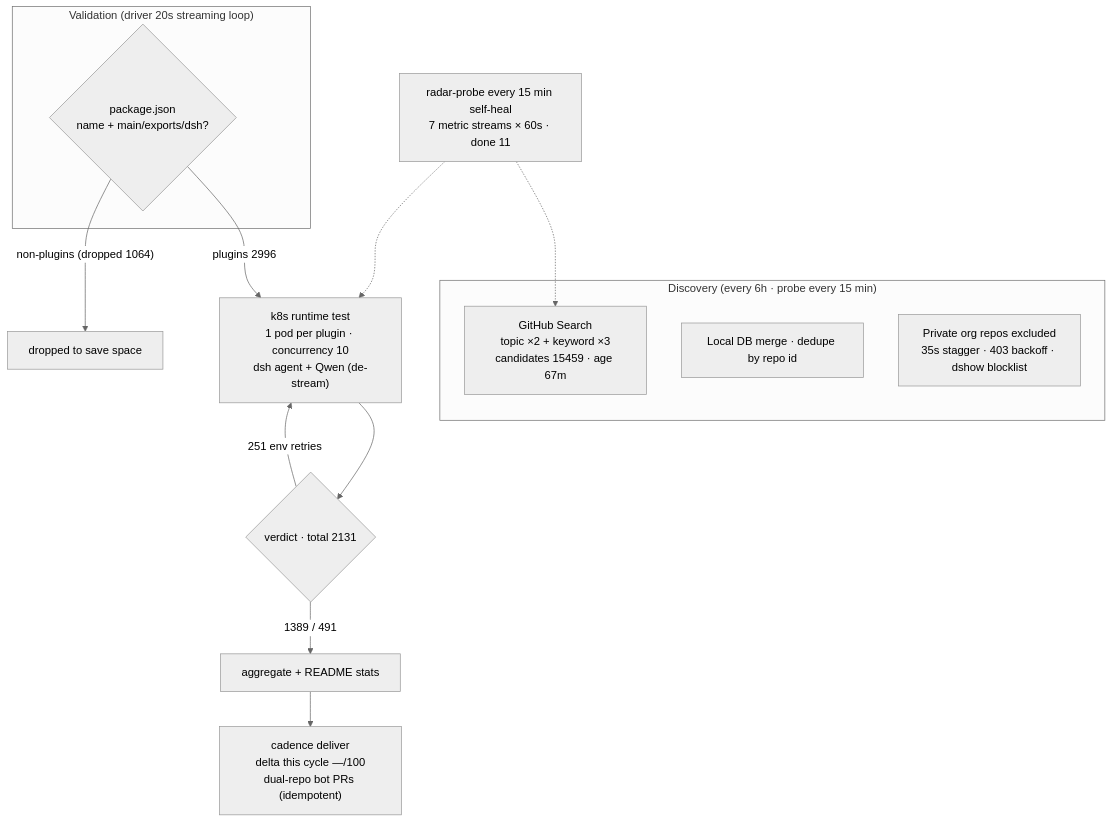
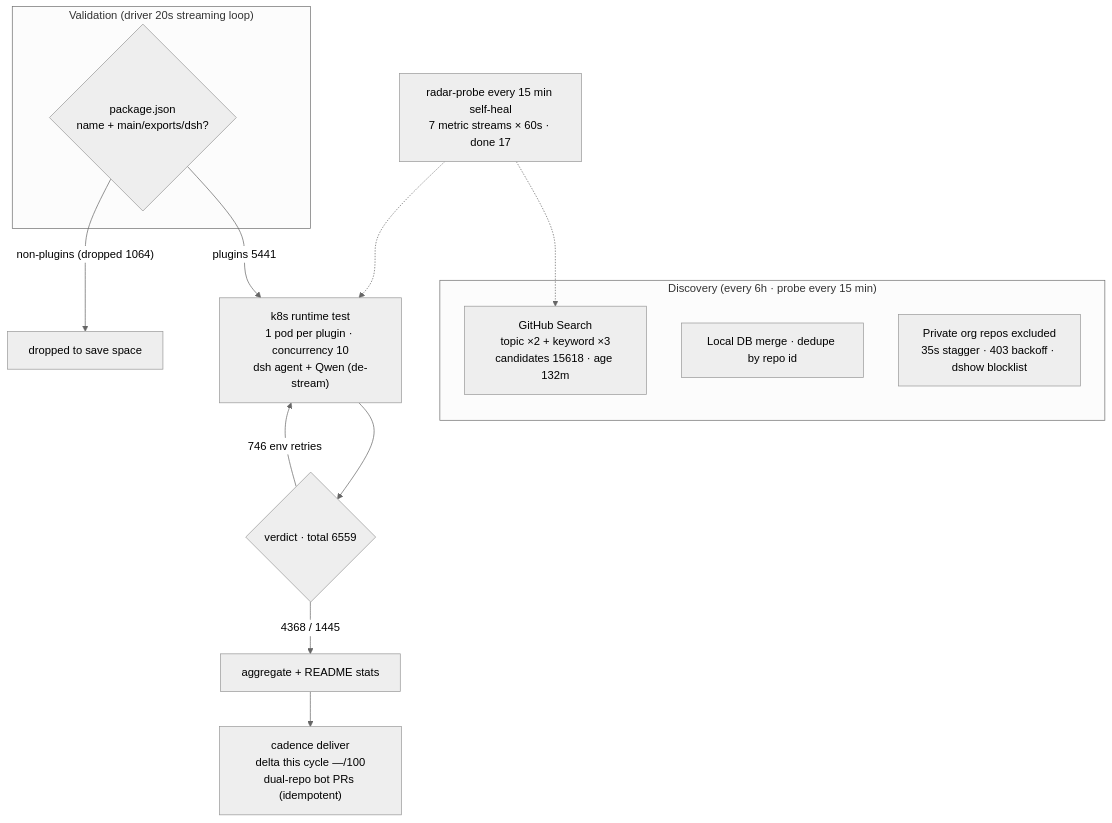
The diagram in README.en-US.md (Zhidao-Lab-OSS/awesome-dsh-plugins), drawn with Mermaid (neutral theme) before and after one commit. The commit also changed other lines of this file and 1 other file, not shown here.

````diff
--- a/README.en-US.md
+++ b/README.en-US.md
@@ -30,20 +30,20 @@
 ```mermaid
 flowchart TB
     subgraph Discovery["Discovery (every 6h · probe every 15 min)"]
-        A1["GitHub Search<br/>topic ×2 + keyword ×3<br/>candidates 15459 · age 67m"]
+        A1["GitHub Search<br/>topic ×2 + keyword ×3<br/>candidates 15618 · age 132m"]
         A2["Local DB merge · dedupe by repo id"]
         A3["Private org repos excluded<br/>35s stagger · 403 backoff · dshow blocklist"]
     end
     subgraph Validation["Validation (driver 20s streaming loop)"]
         B1{"package.json<br/>name + main/exports/dsh?"}
     end
-    B1 -->|"plugins 2996"| C1["k8s runtime test<br/>1 pod per plugin · concurrency 10<br/>dsh agent + Qwen (de-stream)"]
+    B1 -->|"plugins 5441"| C1["k8s runtime test<br/>1 pod per plugin · concurrency 10<br/>dsh agent + Qwen (de-stream)"]
     B1 -->|"non-plugins (dropped 1064)"| B3["dropped to save space"]
-    C1 --> D1{"verdict · total 2131"}
-    D1 -->|"1389 / 491"| E1["aggregate + README stats"]
-    D1 -->|"251 env retries"| C1
+    C1 --> D1{"verdict · total 6559"}
+    D1 -->|"4368 / 1445"| E1["aggregate + README stats"]
+    D1 -->|"746 env retries"| C1
     E1 --> E2["cadence deliver<br/>delta this cycle —/100<br/>dual-repo bot PRs (idempotent)"]
-    M["radar-probe every 15 min self-heal<br/>7 metric streams × 60s · done 11"]
+    M["radar-probe every 15 min self-heal<br/>7 metric streams × 60s · done 17"]
     M -.-> A1
     M -.-> C1
 ```
````
